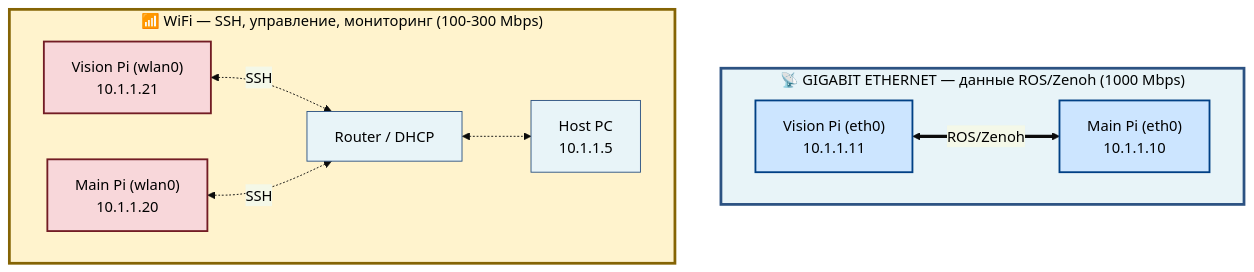
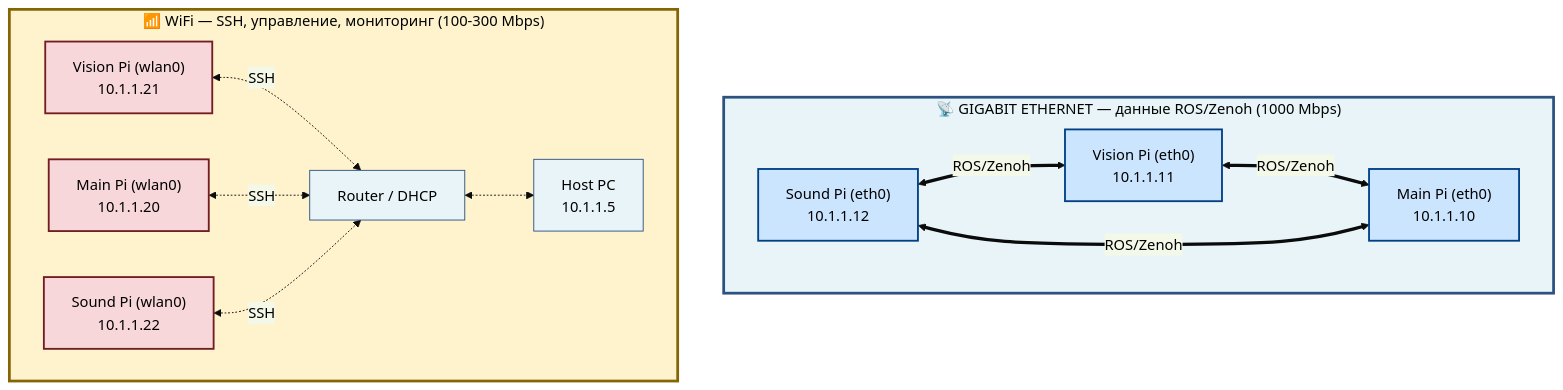
One commit to krikz/rob_box_project changed the first of 2 diagrams in docs/architecture/NETWORK_TOPOLOGY.md. Above: the diagram before and after it, drawn with Mermaid. The commit also changed other lines of this file and 21 other files, not shown here.

````diff
--- a/docs/architecture/NETWORK_TOPOLOGY.md
+++ b/docs/architecture/NETWORK_TOPOLOGY.md
@@ -21,27 +22,34 @@
 ```mermaid
 %%{init: {'theme':'base', 'themeVariables': { 'primaryColor':'#e8f4f8','primaryTextColor':'#000','primaryBorderColor':'#2c5282'}}}%%
 graph TB
     subgraph Ethernet["📡 GIGABIT ETHERNET — данные ROS/Zenoh (1000 Mbps)"]
         VisionEth["Vision Pi (eth0)<br/>10.1.1.11"]
         MainEth["Main Pi (eth0)<br/>10.1.1.10"]
+        SoundEth["Sound Pi (eth0)<br/>10.1.1.12"]
         VisionEth <==ROS/Zenoh==> MainEth
+        SoundEth <==ROS/Zenoh==> MainEth
+        SoundEth <==ROS/Zenoh==> VisionEth
     end
 
     subgraph WiFi["📶 WiFi — SSH, управление, мониторинг (100-300 Mbps)"]
         VisionWlan["Vision Pi (wlan0)<br/>10.1.1.21"]
         MainWlan["Main Pi (wlan0)<br/>10.1.1.20"]
+        SoundWlan["Sound Pi (wlan0)<br/>10.1.1.22"]
         Router["Router / DHCP"]
         HostPC["Host PC<br/>10.1.1.5"]
 
         VisionWlan <-.SSH.-> Router
         MainWlan <-.SSH.-> Router
+        SoundWlan <-.SSH.-> Router
         Router <-.-> HostPC
     end
 
     style Ethernet fill:#e8f4f8,stroke:#2c5282,stroke-width:3px
     style WiFi fill:#fff3cd,stroke:#856404,stroke-width:3px
     style VisionEth fill:#cce5ff,stroke:#004085,stroke-width:2px
     style MainEth fill:#cce5ff,stroke:#004085,stroke-width:2px
+    style SoundEth fill:#cce5ff,stroke:#004085,stroke-width:2px
     style VisionWlan fill:#f8d7da,stroke:#721c24,stroke-width:2px
     style MainWlan fill:#f8d7da,stroke:#721c24,stroke-width:2px
+    style SoundWlan fill:#f8d7da,stroke:#721c24,stroke-width:2px
 ```
````
